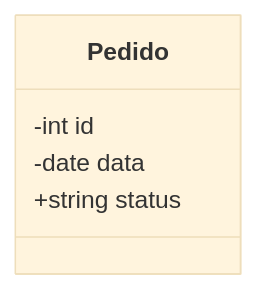
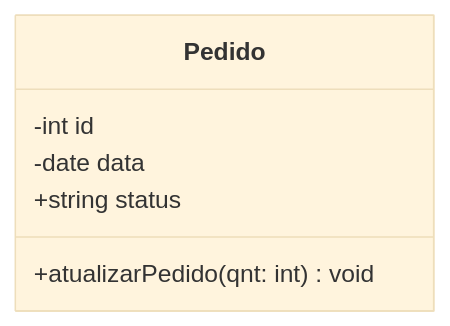
The diagram in pedido.md (gabrielriosdias/poojavaceub-grupo2), drawn with Mermaid (base theme) before and after one commit.

````diff
--- a/pedido.md
+++ b/pedido.md
@@ -1,8 +1,9 @@
 ```mermaid
 classDiagram
  class Pedido {
         -int id
         -date data
         +string status
-    }
+        +atualizarPedido(qnt: int) void
+}
 ```
````
